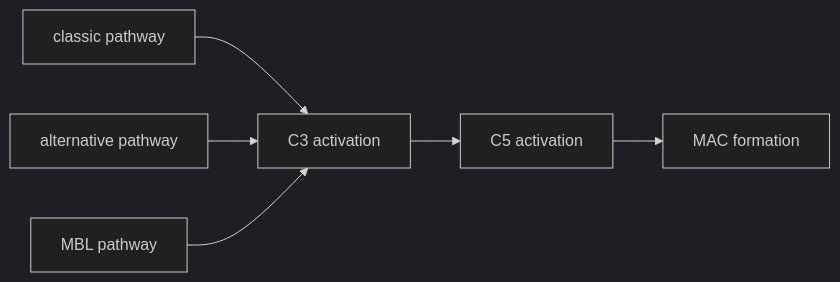
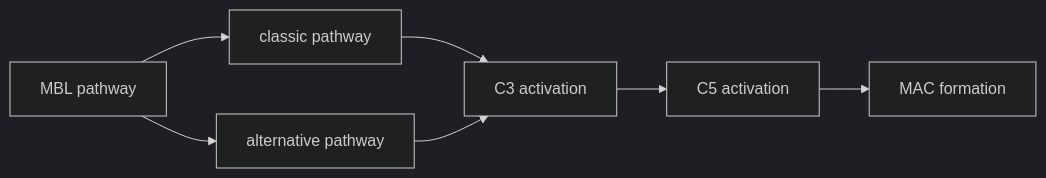
The third of 4 diagrams in course/molecular-immunology/molecular-immunology.md (gxf1212/notes), drawn with Mermaid (dark theme) before and after one commit. The commit also changed other lines of this file and 91 other files, not shown here.

````diff
--- a/course/molecular-immunology/molecular-immunology.md
+++ b/course/molecular-immunology/molecular-immunology.md
@@ -646,8 +719,9 @@
 ```mermaid
 graph LR
 c[classic pathway] --> c3[C3 activation]
 a[alternative pathway] --> c3
-m[MBL pathway] --> c3
+m[MBL pathway] --> c
+m[MBL pathway] --> a
 c3 --> c5[C5 activation]
 c5 --> mac[MAC formation]
 ```
````
